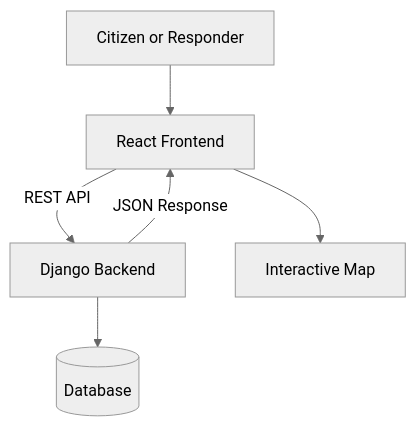
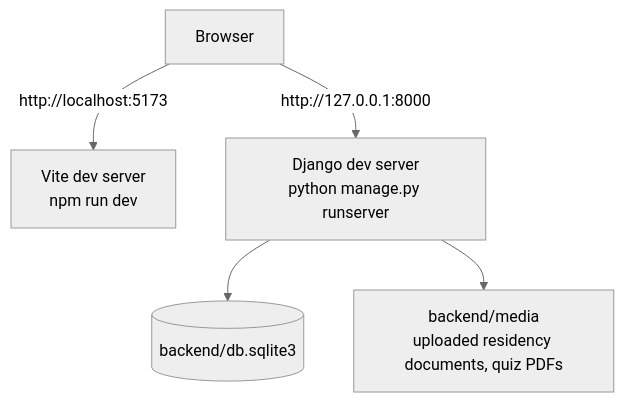
The second of 2 diagrams in docs/architecture.md (itsaymii/Capstone-Project), drawn with Mermaid (neutral theme) before and after one commit. The commit also changed other lines of this file and 6 other files, not shown here.

````diff
--- a/docs/architecture.md
+++ b/docs/architecture.md
@@ -5,8 +53,7 @@
 ```mermaid
 flowchart TD
-	U[Citizen or Responder] --> FE[React Frontend]
-	FE -->|REST API| BE[Django Backend]
-	BE --> DB[(Database)]
-	BE -->|JSON Response| FE
-	FE --> MAP[Interactive Map]
+    B[Browser] -->|http://localhost:5173| V[Vite dev server<br/>npm run dev]
+    B -->|http://127.0.0.1:8000| D[Django dev server<br/>python manage.py runserver]
+    D --> F[(backend/db.sqlite3)]
+    D --> M[backend/media<br/>uploaded residency documents, quiz PDFs]
 ```
````
